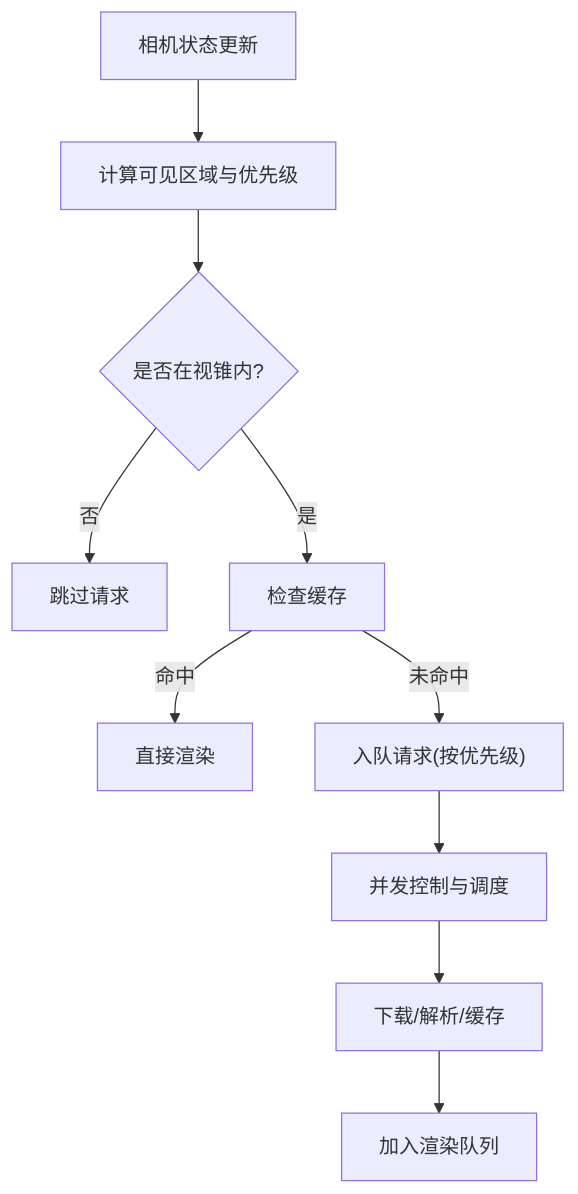
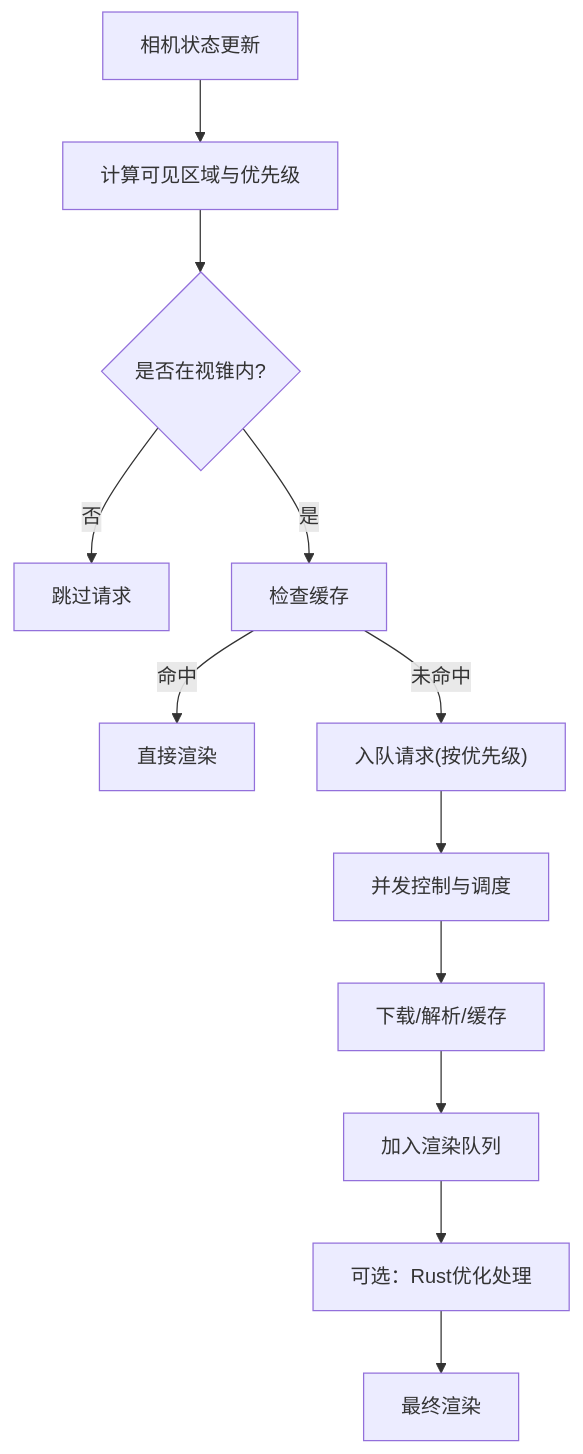
The sixth of 7 diagrams in .qoder/repowiki/zh/content/项目概述/核心特性/地形与影像系统/地形数据提供者系统.md (rzhangjing/cesium), drawn with Mermaid before and after one commit. The commit also changed other lines of this file and 56 other files, not shown here.

````diff
--- a/.qoder/repowiki/zh/content/项目概述/核心特性/地形与影像系统/地形数据提供者系统.md
+++ b/.qoder/repowiki/zh/content/项目概述/核心特性/地形与影像系统/地形数据提供者系统.md
@@ -248,12 +345,14 @@
 ```mermaid
 flowchart TD
 A["相机状态更新"] --> B["计算可见区域与优先级"]
 B --> C{"是否在视锥内?"}
 C --> |否| D["跳过请求"]
 C --> |是| E["检查缓存"]
 E --> |命中| F["直接渲染"]
 E --> |未命中| G["入队请求(按优先级)"]
 G --> H["并发控制与调度"]
 H --> I["下载/解析/缓存"]
 I --> J["加入渲染队列"]
+J --> K["可选：Rust优化处理"]
+K --> L["最终渲染"]
 ```
````
